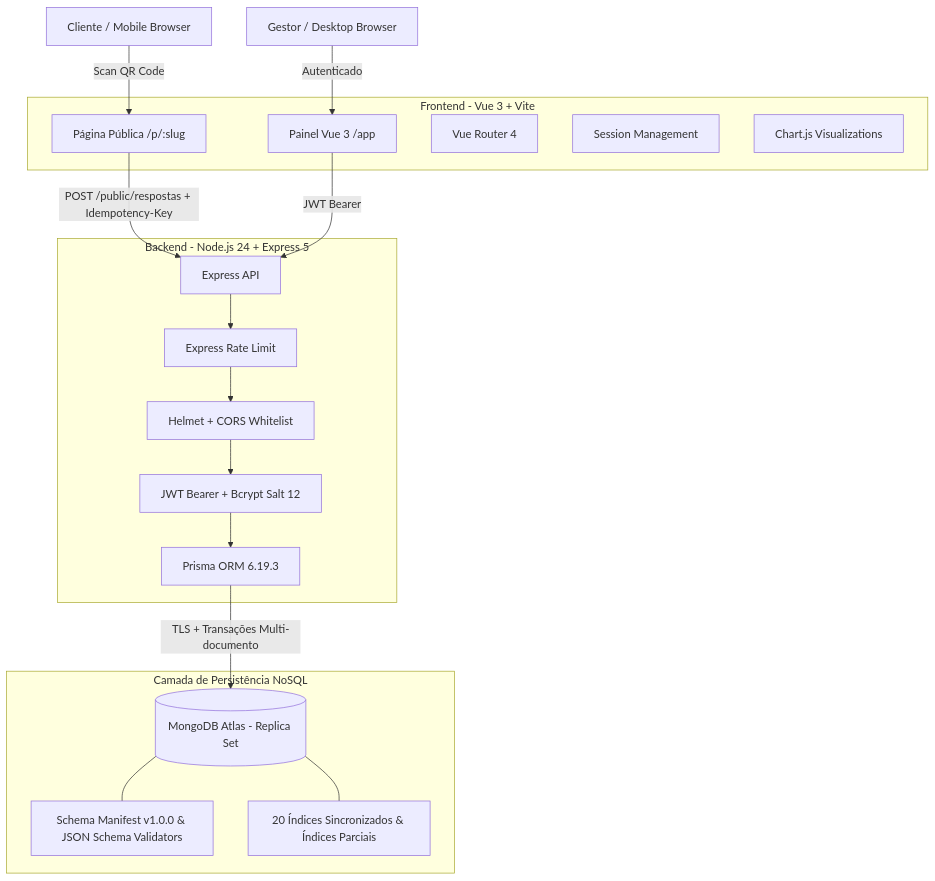
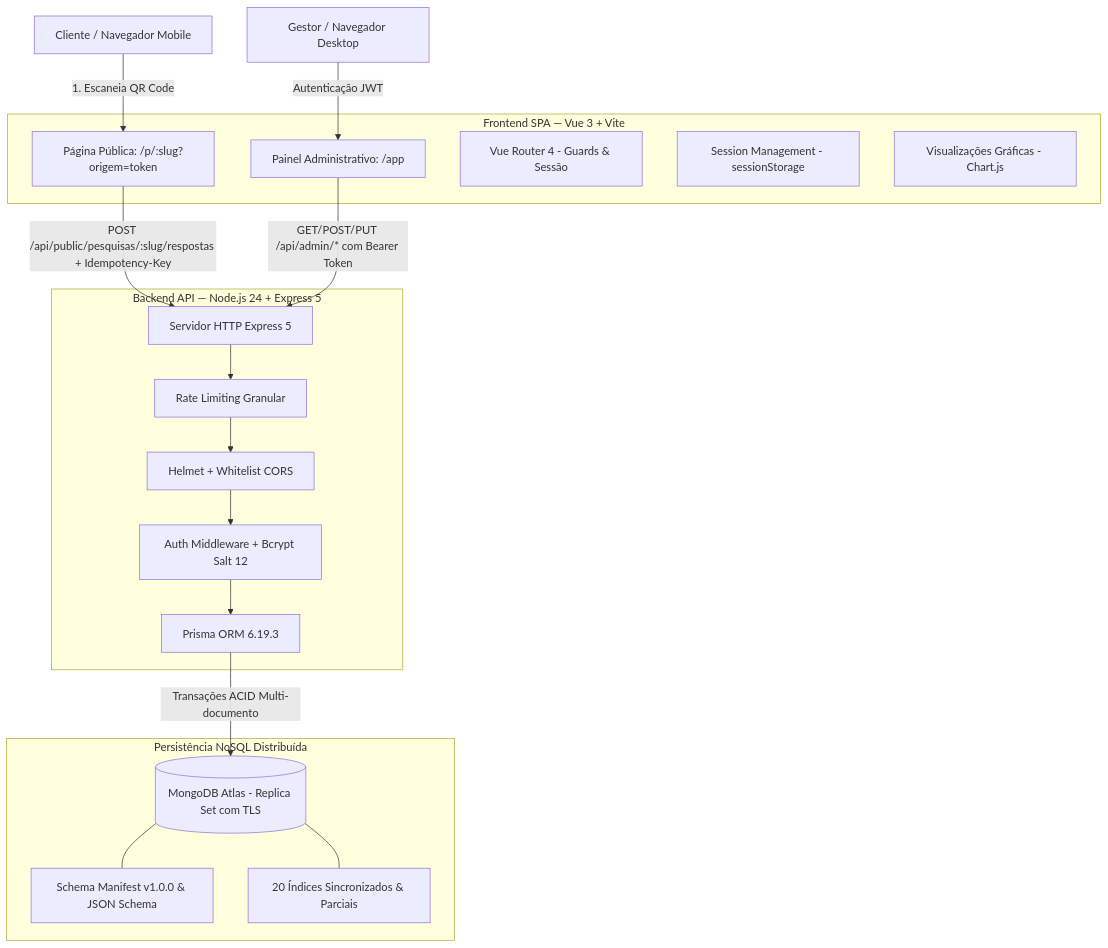
One commit to olucasortiz/qrcode-avaliacao changed the diagram in README.md. Above: the diagram before and after it, drawn with Mermaid. The commit also changed other lines of this file and 68 other files, not shown here.

Commit message:
finalizacao da etapa de conexao com o qr code celular

````diff
--- a/README.md
+++ b/README.md
@@ -64,34 +66,34 @@
 ```mermaid
 graph TD
-    Client[Cliente / Mobile Browser] -->|Scan QR Code| FrontPublic[Página Pública /p/:slug]
-    Manager[Gestor / Desktop Browser] -->|Autenticado| FrontAdmin[Painel Vue 3 /app]
+    Client[Cliente / Navegador Mobile] -->|1. Escaneia QR Code| FrontPublic[Página Pública: /p/:slug?origem=token]
+    Manager[Gestor / Navegador Desktop] -->|Autenticação JWT| FrontAdmin[Painel Administrativo: /app]
 
-    subgraph Frontend [Frontend - Vue 3 + Vite]
+    subgraph Frontend [Frontend SPA — Vue 3 + Vite]
         FrontPublic
         FrontAdmin
-        Router[Vue Router 4]
-        PiniaSession[Session Management]
-        ChartJS[Chart.js Visualizations]
+        Router[Vue Router 4 - Guards & Sessão]
+        SessionStore[Session Management - sessionStorage]
+        ChartJS[Visualizações Gráficas - Chart.js]
     end
 
-    subgraph Backend [Backend - Node.js 24 + Express 5]
-        API[Express API]
-        RateLimit[Express Rate Limit]
-        Security[Helmet + CORS Whitelist]
-        AuthMid[JWT Bearer + Bcrypt Salt 12]
+    subgraph Backend [Backend API — Node.js 24 + Express 5]
+        API[Servidor HTTP Express 5]
+        RateLimit[Rate Limiting Granular]
+        Security[Helmet + Whitelist CORS]
+        AuthMid[Auth Middleware + Bcrypt Salt 12]
         Prisma[Prisma ORM 6.19.3]
     end
 
-    subgraph Database [Camada de Persistência NoSQL]
-        Atlas[(MongoDB Atlas - Replica Set)]
-        Manifest[Schema Manifest v1.0.0 & JSON Schema Validators]
-        Indexes[20 Índices Sincronizados & Índices Parciais]
+    subgraph Database [Persistência NoSQL Distribuída]
+        Atlas[(MongoDB Atlas - Replica Set com TLS)]
+        Manifest[Schema Manifest v1.0.0 & JSON Schema]
+        Indexes[20 Índices Sincronizados & Parciais]
     end
 
-    FrontPublic -->|POST /public/respostas + Idempotency-Key| API
-    FrontAdmin -->|JWT Bearer| API
+    FrontPublic -->|POST /api/public/pesquisas/:slug/respostas + Idempotency-Key| API
+    FrontAdmin -->|GET/POST/PUT /api/admin/* com Bearer Token| API
     API --> RateLimit --> Security --> AuthMid --> Prisma
-    Prisma -->|TLS + Transações Multi-documento| Atlas
+    Prisma -->|Transações ACID Multi-documento| Atlas
     Atlas --- Manifest
     Atlas --- Indexes
 ```
````
